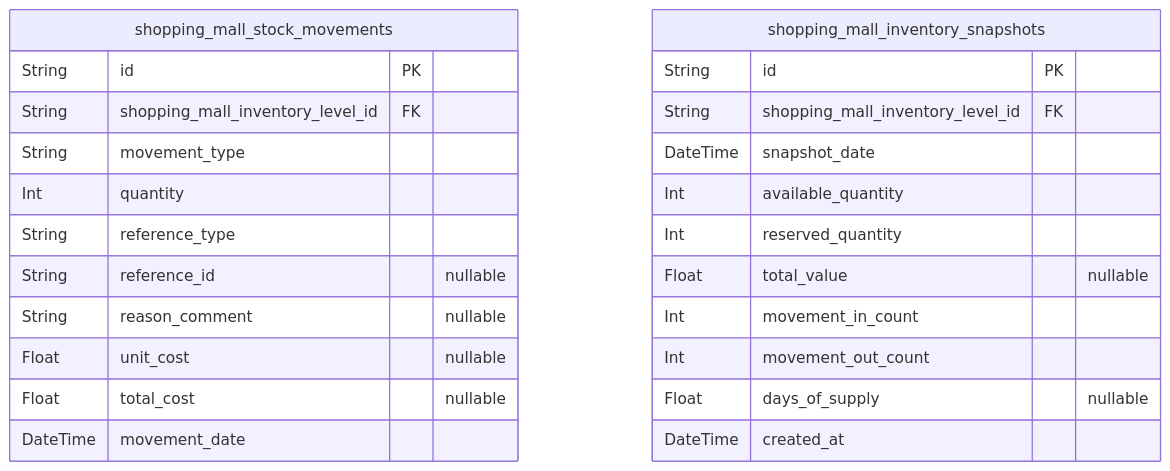
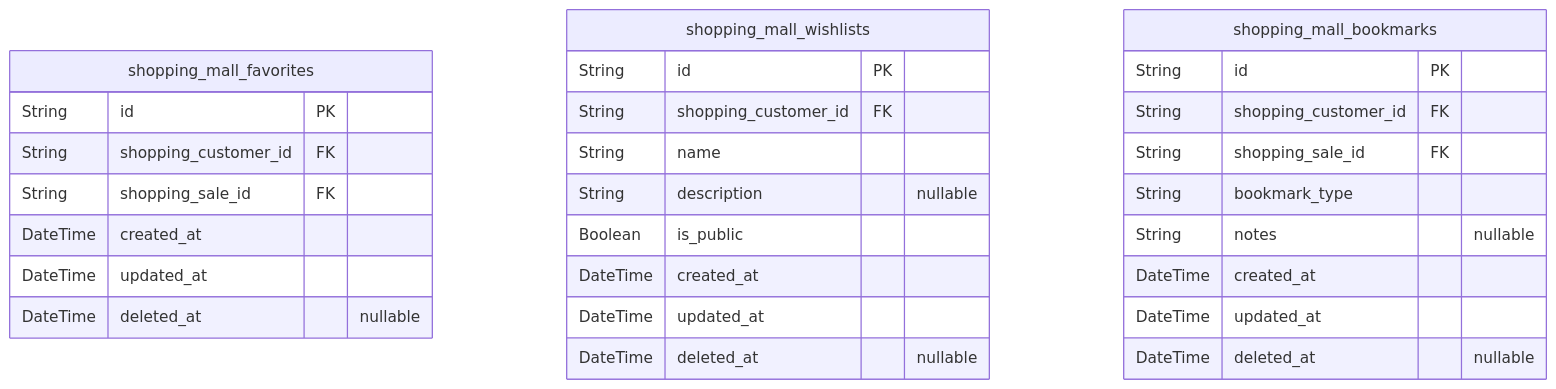
One commit to wrtnlabs/autobe-examples changed the ninth of 10 diagrams in moonshotai/kimi-k2-0905-exacto/shopping/docs/ERD.md. Above: the diagram before and after it, drawn with Mermaid. The commit also changed other lines of this file and 22498 other files, not shown here.

````diff
--- a/moonshotai/kimi-k2-0905-exacto/shopping/docs/ERD.md
+++ b/moonshotai/kimi-k2-0905-exacto/shopping/docs/ERD.md
@@ -1968,27 +1649,31 @@
 ```mermaid
 erDiagram
-"shopping_mall_stock_movements" {
+"shopping_mall_favorites" {
   String id PK
-  String shopping_mall_inventory_level_id FK
-  String movement_type
-  Int quantity
-  String reference_type
-  String reference_id "nullable"
-  String reason_comment "nullable"
-  Float unit_cost "nullable"
-  Float total_cost "nullable"
-  DateTime movement_date
+  String shopping_customer_id FK
+  String shopping_sale_id FK
+  DateTime created_at
+  DateTime updated_at
+  DateTime deleted_at "nullable"
 }
-"shopping_mall_inventory_snapshots" {
+"shopping_mall_wishlists" {
   String id PK
-  String shopping_mall_inventory_level_id FK
-  DateTime snapshot_date
-  Int available_quantity
-  Int reserved_quantity
-  Float total_value "nullable"
-  Int movement_in_count
-  Int movement_out_count
-  Float days_of_supply "nullable"
+  String shopping_customer_id FK
+  String name
+  String description "nullable"
+  Boolean is_public
   DateTime created_at
+  DateTime updated_at
+  DateTime deleted_at "nullable"
+}
+"shopping_mall_bookmarks" {
+  String id PK
+  String shopping_customer_id FK
+  String shopping_sale_id FK
+  String bookmark_type
+  String notes "nullable"
+  DateTime created_at
+  DateTime updated_at
+  DateTime deleted_at "nullable"
 }
 ```
````
